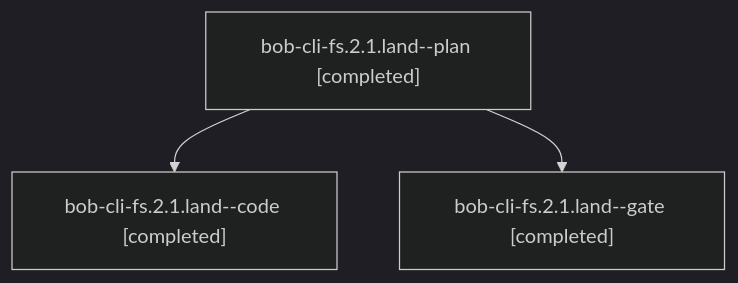
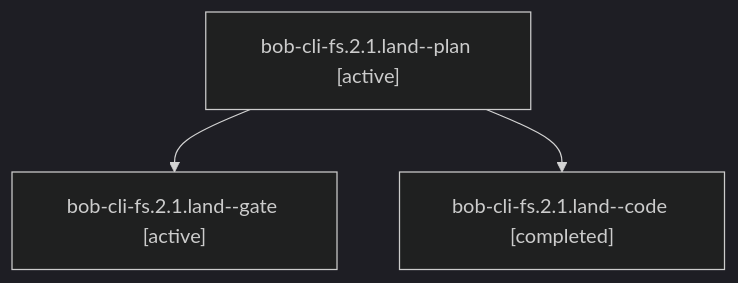
The diagram in sessions/bbugyi200.athena.bob-cli-fs.2.1.land.md (bobs-org/bob-cli--agents), drawn with Mermaid (dark theme) before and after one commit. The commit also changed other lines of this file and 54 other files, not shown here.

````diff
--- a/sessions/bbugyi200.athena.bob-cli-fs.2.1.land.md
+++ b/sessions/bbugyi200.athena.bob-cli-fs.2.1.land.md
@@ -9,8 +9,8 @@
 ```mermaid
 flowchart TD
-  n0["bob-cli-fs.2.1.land--plan [completed]"]
-  n1["bob-cli-fs.2.1.land--code [completed]"]
+  n0["bob-cli-fs.2.1.land--plan [active]"]
+  n1["bob-cli-fs.2.1.land--gate [active]"]
   n0 --> n1
-  n2["bob-cli-fs.2.1.land--gate [completed]"]
+  n2["bob-cli-fs.2.1.land--code [completed]"]
   n0 --> n2
 ```
````
